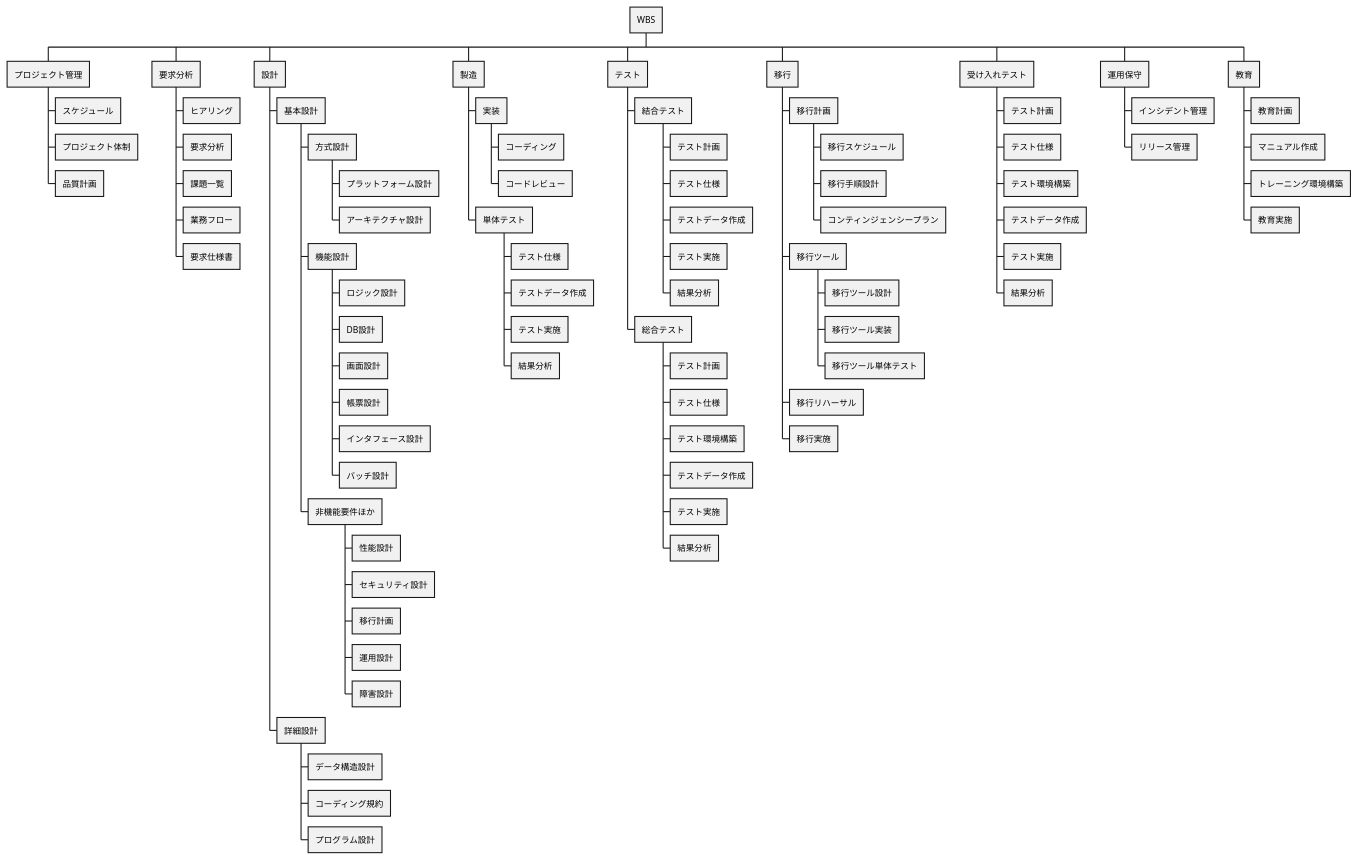
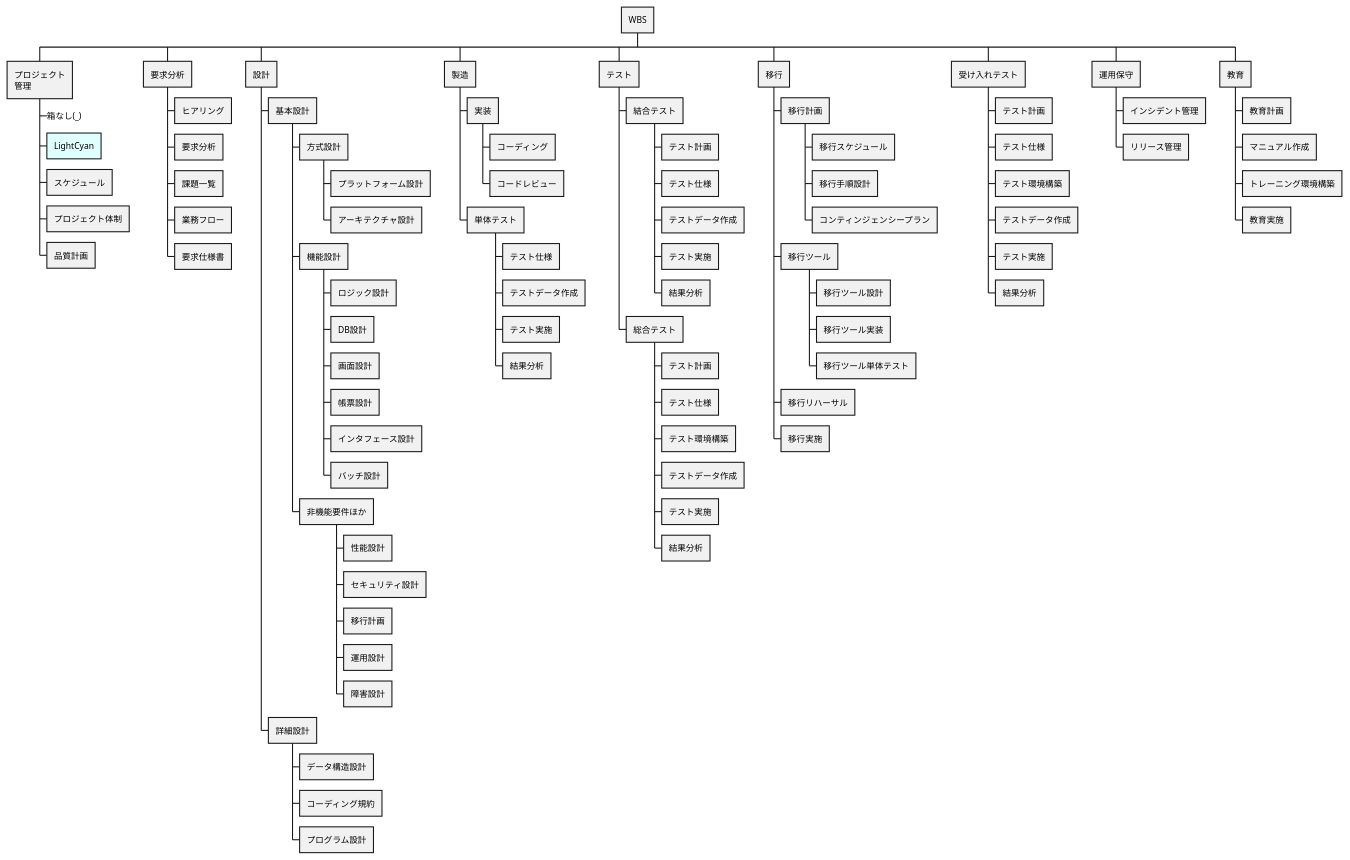
One commit to yzkn/PlantUML-CheatSheet changed the first of 2 diagrams in src/10-051-WBS.md. Above: the diagram before and after it, drawn with PlantUML. The commit also changed other lines of this file, not shown here.

```diff
--- a/src/10-051-WBS.md
+++ b/src/10-051-WBS.md
@@ -5,7 +5,10 @@
 @startwbs
 
 * WBS
-** プロジェクト管理
+**:プロジェクト
+管理;
+***_ 箱なし(_)
+***[#LightCyan] LightCyan
 *** スケジュール
 *** プロジェクト体制
 *** 品質計画
```
